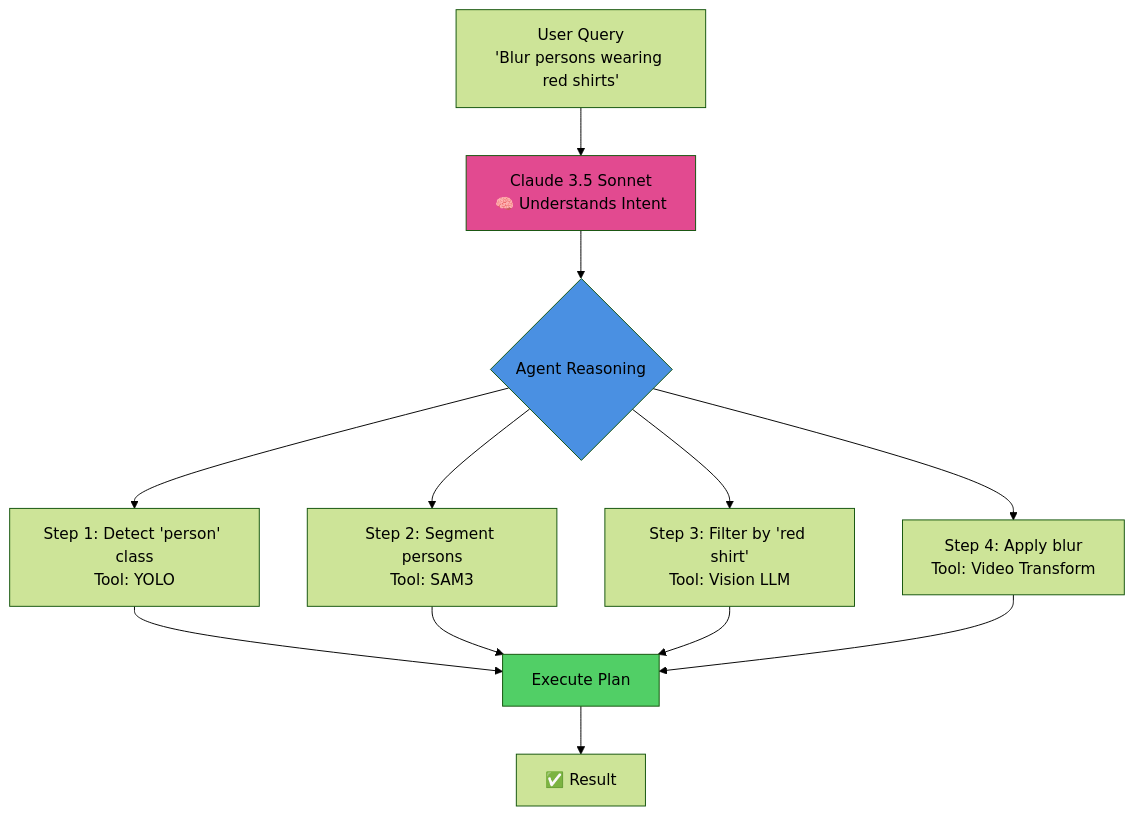
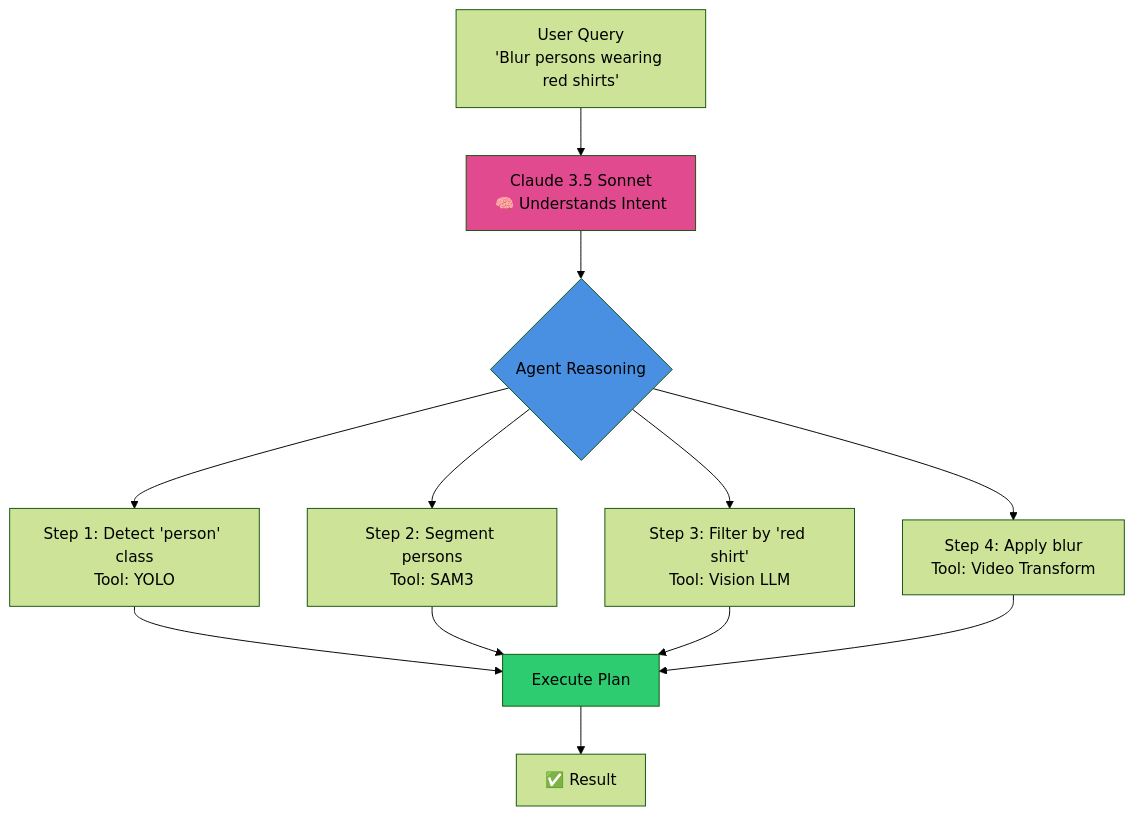
One commit to Omenranr/rag-video changed diagram 12 of 35 in README.md. Above: the diagram before and after it, drawn with Mermaid (forest theme). The commit also changed other lines of this file, not shown here.

````diff
--- a/README.md
+++ b/README.md
@@ -348,22 +348,22 @@
 ```mermaid
 graph TB
     A[User Query<br/>'Blur persons wearing red shirts'] --> B[Claude 3.5 Sonnet<br/>🧠 Understands Intent]
     
     B --> C{Agent Reasoning}
     
     C --> D[Step 1: Detect 'person' class<br/>Tool: YOLO]
     C --> E[Step 2: Segment persons<br/>Tool: SAM3]
     C --> F[Step 3: Filter by 'red shirt'<br/>Tool: Vision LLM]
     C --> G[Step 4: Apply blur<br/>Tool: Video Transform]
     
     D --> H[Execute Plan]
     E --> H
     F --> H
     G --> H
     
     H --> I[✅ Result]
     
     style B fill:#e24a90
     style C fill:#4a90e2
-    style H fill:#51cf66
+    style H fill:#2ecc71
 ```
````
